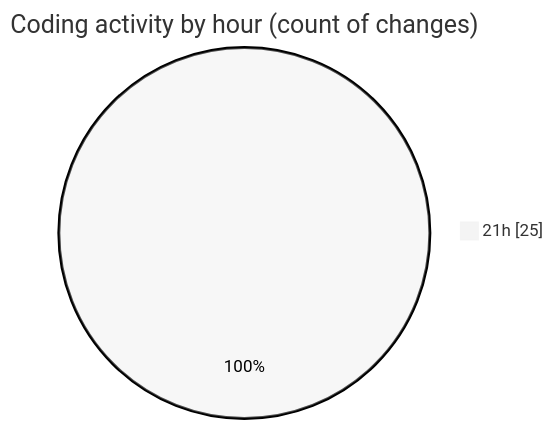
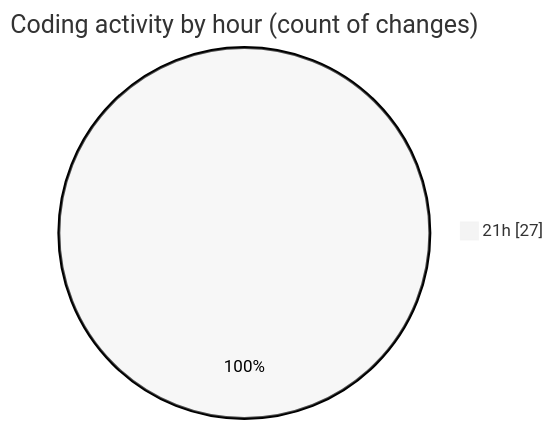
The second of 2 diagrams in 2026-01-02/dsa/README.md (Ritupan-Deka/code-tracking), drawn with Mermaid (neutral theme) before and after one commit. The commit also changed other lines of this file and 1 other file, not shown here.

````diff
--- a/2026-01-02/dsa/README.md
+++ b/2026-01-02/dsa/README.md
@@ -30,5 +31,5 @@
 ```mermaid
 pie showData
 title Coding activity by hour (count of changes)
-"21h" : 25
+"21h" : 27
 ```
````
